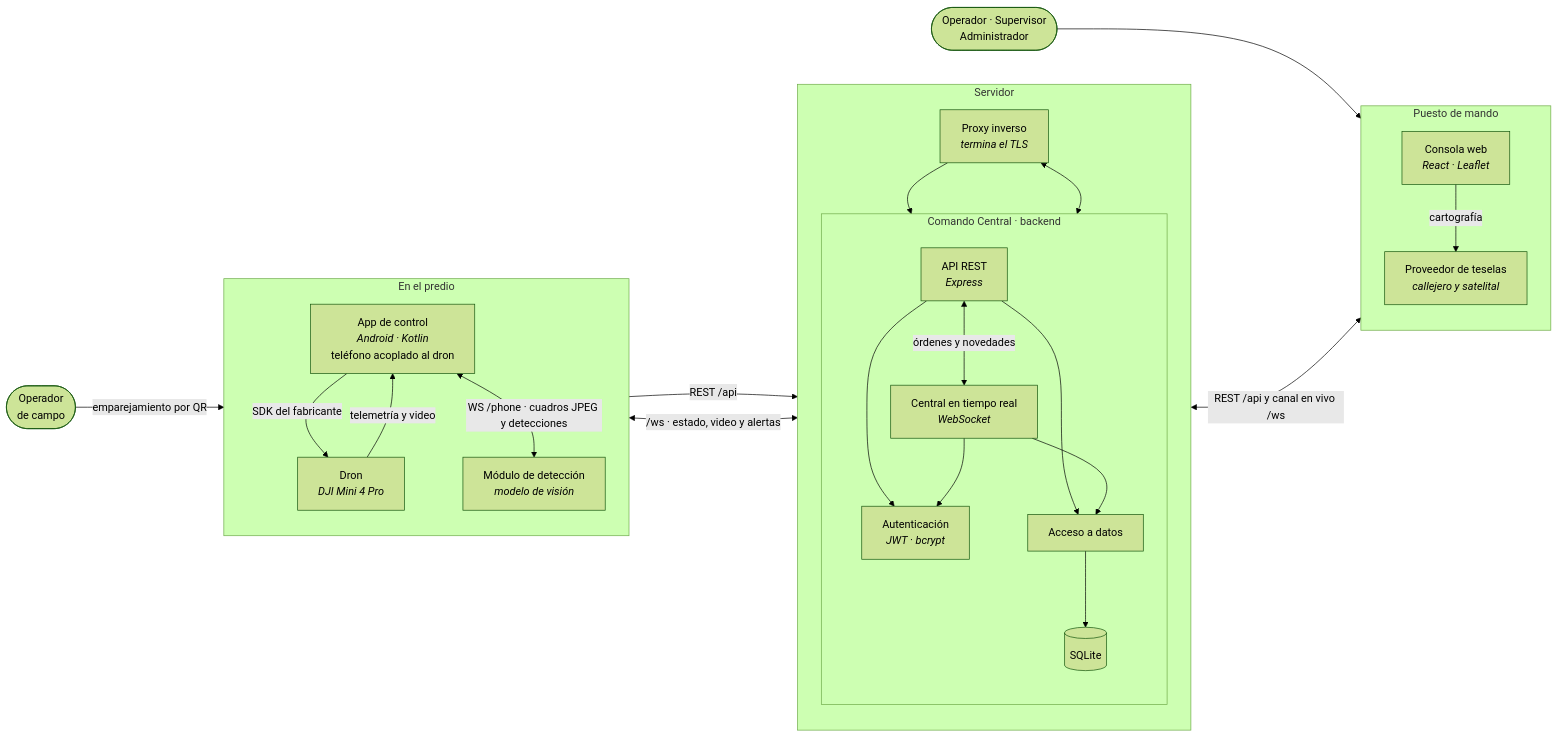
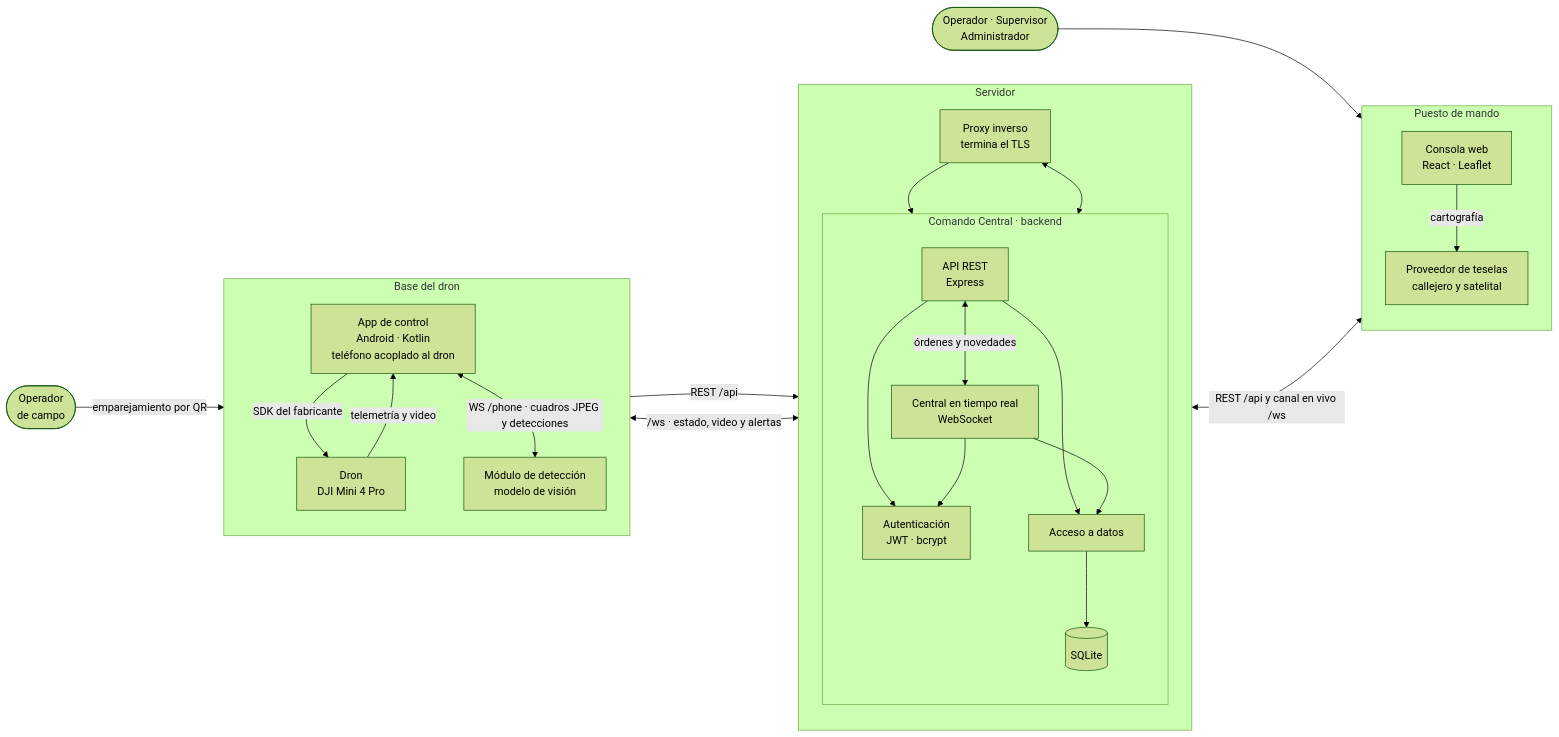
One commit to NikolasBerntsen/Tesis changed the third of 3 diagrams in docs/MODELO-DE-DATOS.md. Above: the diagram before and after it, drawn with Mermaid (forest theme). The commit also changed other lines of this file and 21 other files, not shown here.

First line of the commit message:
La baja lógica pasa a ser una marca, y la base del dron vive en un solo lugar

````diff
--- a/docs/MODELO-DE-DATOS.md
+++ b/docs/MODELO-DE-DATOS.md
@@ -362,52 +366,52 @@
 ```mermaid
 flowchart LR
     campo(["Operador<br/>de campo"])
     operador(["Operador · Supervisor<br/>Administrador"])
 
-    subgraph predio["En el predio"]
+    subgraph predio["Base del dron"]
         direction TB
-        app["App de control<br/><i>Android · Kotlin</i><br/>teléfono acoplado al dron"]
-        dron["Dron<br/><i>DJI Mini 4 Pro</i>"]
-        vision["Módulo de detección<br/><i>modelo de visión</i>"]
+        app["App de control<br/>Android · Kotlin<br/>teléfono acoplado al dron"]
+        dron["Dron<br/>DJI Mini 4 Pro"]
+        vision["Módulo de detección<br/>modelo de visión"]
     end
 
     subgraph servidor["Servidor"]
         direction TB
-        proxy["Proxy inverso<br/><i>termina el TLS</i>"]
+        proxy["Proxy inverso<br/>termina el TLS"]
         subgraph back["Comando Central · backend"]
             direction TB
-            api["API REST<br/><i>Express</i>"]
-            hub["Central en tiempo real<br/><i>WebSocket</i>"]
-            auth["Autenticación<br/><i>JWT · bcrypt</i>"]
+            api["API REST<br/>Express"]
+            hub["Central en tiempo real<br/>WebSocket"]
+            auth["Autenticación<br/>JWT · bcrypt"]
             store["Acceso a datos"]
             datos[("SQLite")]
         end
     end
 
     subgraph consola["Puesto de mando"]
         direction TB
-        web["Consola web<br/><i>React · Leaflet</i>"]
-        teselas["Proveedor de teselas<br/><i>callejero y satelital</i>"]
+        web["Consola web<br/>React · Leaflet"]
+        teselas["Proveedor de teselas<br/>callejero y satelital"]
     end
 
     campo -->|emparejamiento por QR| app
     app -->|SDK del fabricante| dron
     dron -->|telemetría y video| app
     app <-->|"WS /phone · cuadros JPEG y detecciones"| vision
 
     app -->|"REST /api"| proxy
     app <-->|"/ws · estado, video y alertas"| proxy
 
     proxy --> api
     proxy <--> hub
     api <-->|órdenes y novedades| hub
     api --> auth
     hub --> auth
     api --> store
     hub --> store
     store --> datos
 
     proxy <-->|"REST /api y canal en vivo /ws"| web
     web -->|cartografía| teselas
     operador --> web
 ```
````
